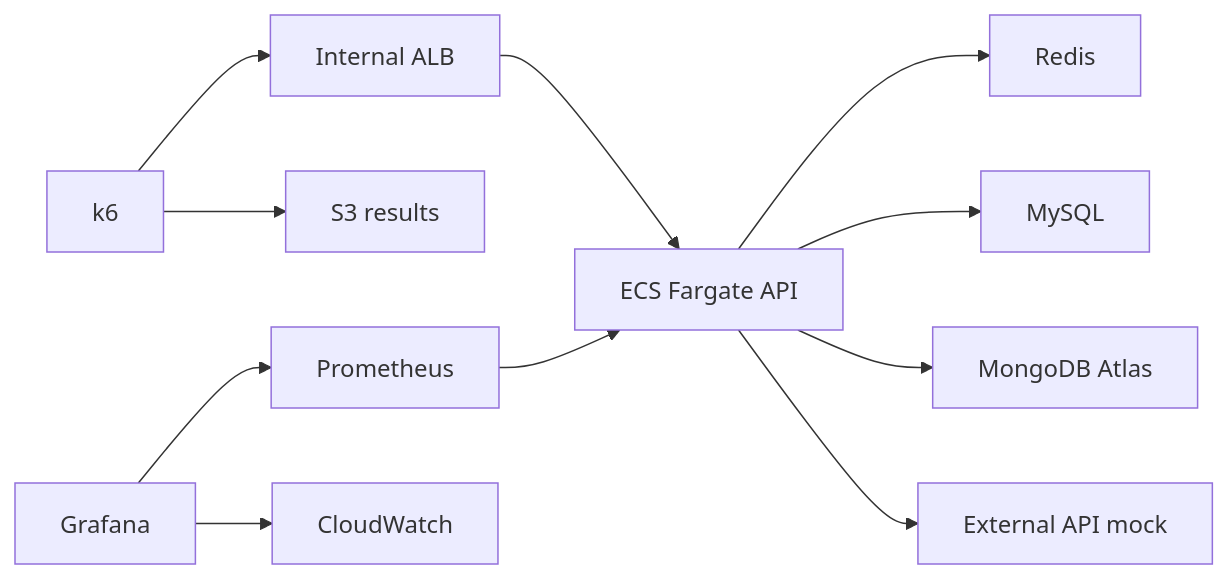
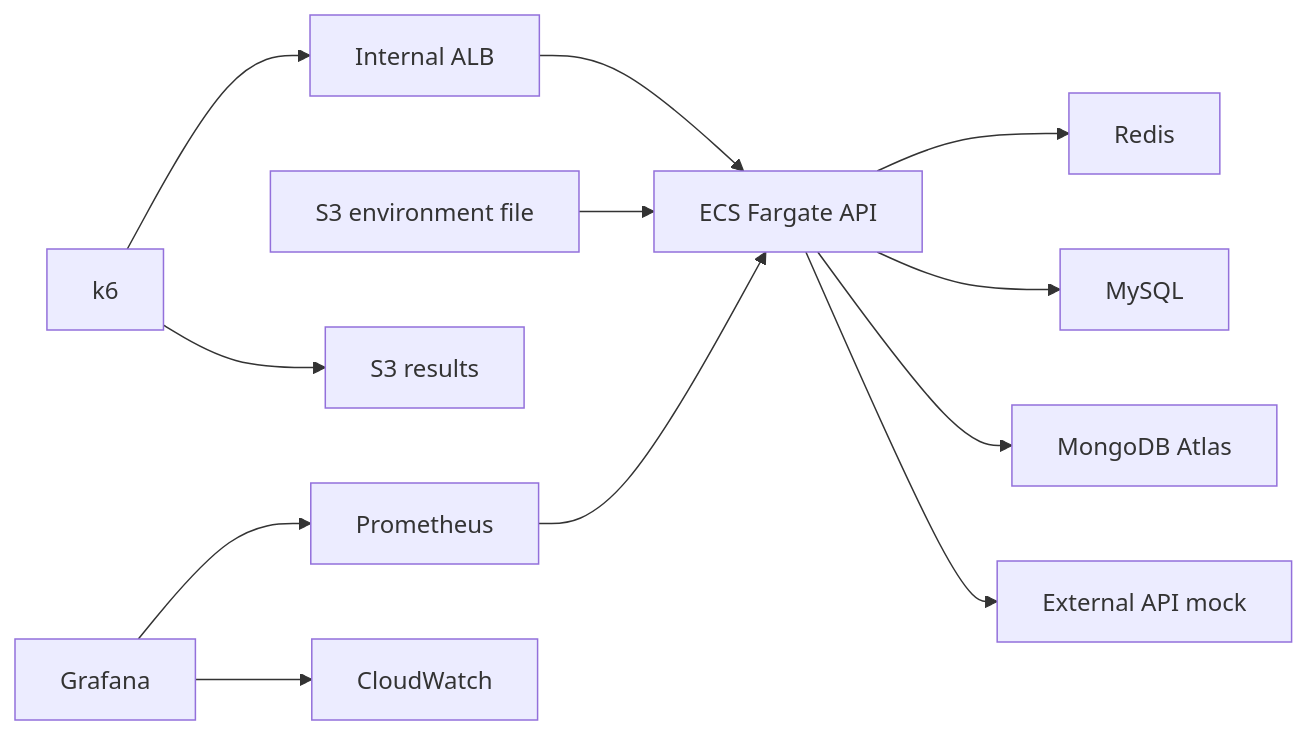
One commit to SWM16-ASAP/back-server changed the diagram in docs/architecture/performance-test-infrastructure.md. Above: the diagram before and after it, drawn with Mermaid. The commit also changed other lines of this file and 10 other files, not shown here.

````diff
--- a/docs/architecture/performance-test-infrastructure.md
+++ b/docs/architecture/performance-test-infrastructure.md
@@ -7,14 +7,15 @@
 ```mermaid
 flowchart LR
     K6["k6"] --> ALB["Internal ALB"]
     ALB --> APP["ECS Fargate API"]
     APP --> REDIS["Redis"]
     APP --> MYSQL["MySQL"]
     APP --> ATLAS["MongoDB Atlas"]
     APP --> MOCK["External API mock"]
+    ENV["S3 environment file"] --> APP
 
     PROM["Prometheus"] --> APP
     GRAFANA["Grafana"] --> PROM
     GRAFANA --> CLOUDWATCH["CloudWatch"]
     K6 --> S3["S3 results"]
 ```
````
